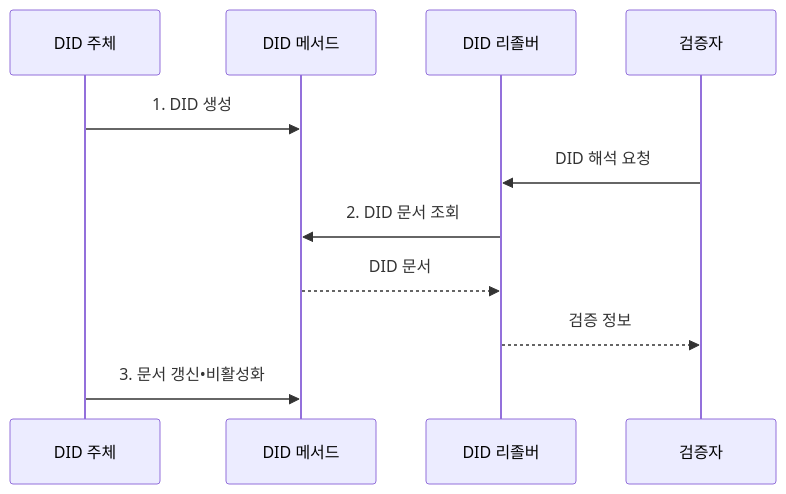
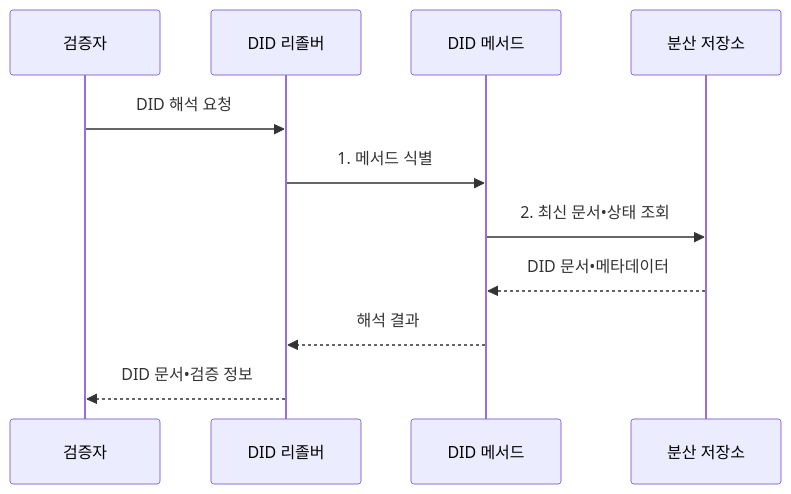
The second of 2 diagrams in src/content/docs/notes/08-latest-tech/220_did_decentralized_identifier.md (agnusdei1207/knowledge-base), drawn with Mermaid before and after one commit. The commit also changed other lines of this file and 15 other files, not shown here.

````diff
--- a/src/content/docs/notes/08-latest-tech/220_did_decentralized_identifier.md
+++ b/src/content/docs/notes/08-latest-tech/220_did_decentralized_identifier.md
@@ -104,13 +104,13 @@
 ```mermaid
 sequenceDiagram
-  participant S as DID 주체
+  participant V as 검증자
+  participant R as DID 리졸버
   participant M as DID 메서드
-  participant R as DID 리졸버
-  participant V as 검증자
-  S->>M: 1. DID 생성
+  participant D as 분산 저장소
   V->>R: DID 해석 요청
-  R->>M: 2. DID 문서 조회
-  M-->>R: DID 문서
-  R-->>V: 검증 정보
-  S->>M: 3. 문서 갱신•비활성화
+  R->>M: 1. 메서드 식별
+  M->>D: 2. 최신 문서•상태 조회
+  D-->>M: DID 문서•메타데이터
+  M-->>R: 해석 결과
+  R-->>V: DID 문서•검증 정보
 ```
````
